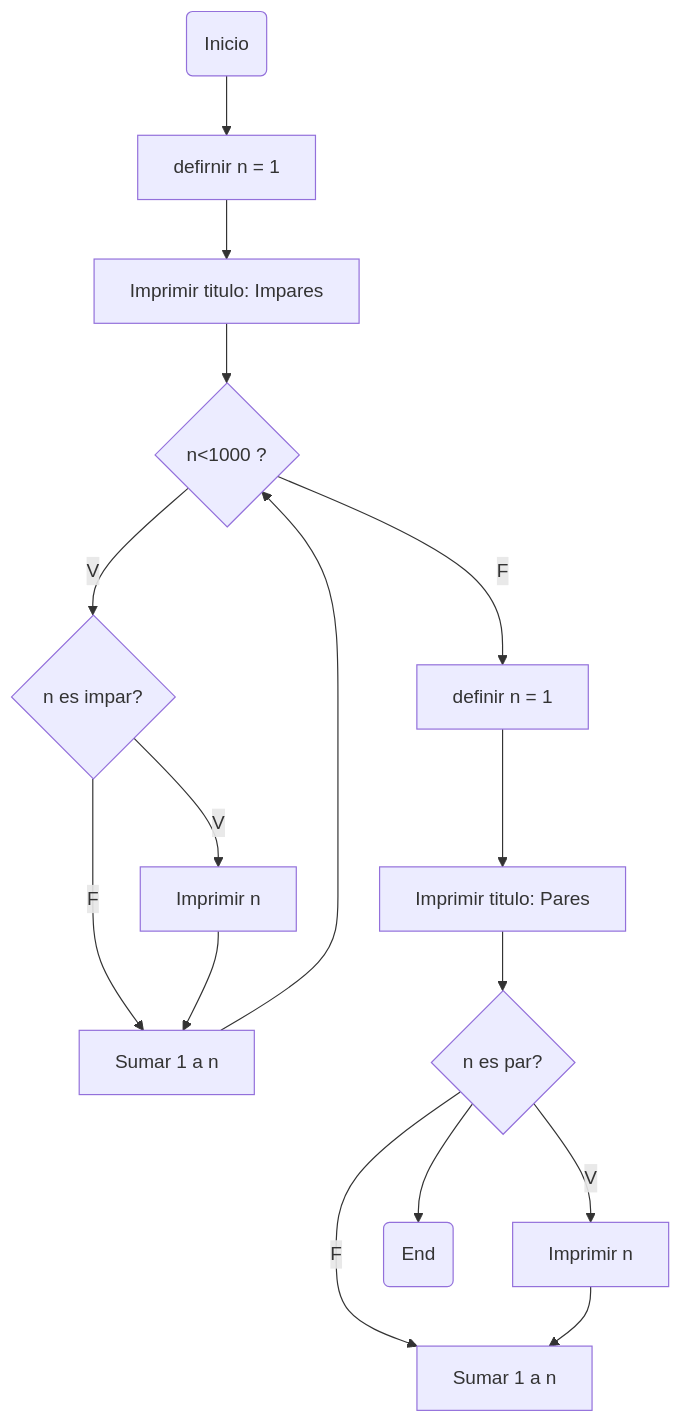
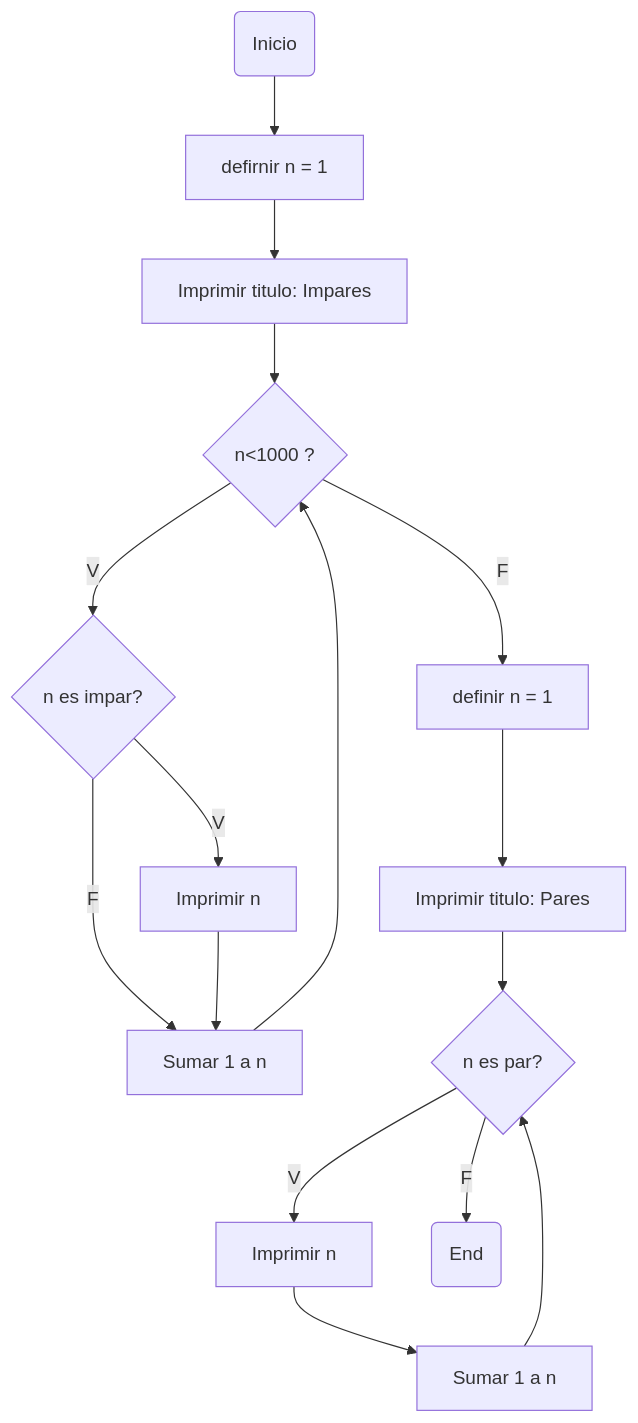
The second of 2 diagrams in README.md (Felip-UN/Bucles-R6), drawn with Mermaid before and after one commit.

Commit message:
Corrección diagrama 2

````diff
--- a/README.md
+++ b/README.md
@@ -34,30 +34,30 @@
 ```mermaid
 ---
 config:
   layout: fixed
 ---
 flowchart TD
     n1["Inicio"] --> n2["defirnir n = 1"]
     n2 --> n3["Imprimir titulo: Impares"]
     n3 --> n4["n&lt;1000 ?"]
     n4 -- F --> n6["definir n = 1"]
     n4 -- V --> n7["n es impar?"]
     n7 -- F --> n8["Sumar 1 a n"]
     n7 -- V --> n9["Imprimir n"]
     n9 --> n8
     n8 --> n4
-    n10["n es par?"] -- F --> n11["Sumar 1 a n"]
-    n10 -- V --> n12["Imprimir n"]
-    n12 --> n11
+    n10["n es par?"] -- V --> n12["Imprimir n"]
+    n12 --> n11["Sumar 1 a n"]
     n6 --> n13["Imprimir titulo: Pares"]
     n13 --> n10
-    n10 --> n14["End"]
+    n10 -- F --> n14["End"]
+    n11 --> n10
     n1@{ shape: rounded}
     n4@{ shape: diam}
     n7@{ shape: diam}
     n10@{ shape: diam}
+    n12@{ shape: rect}
     n11@{ shape: rect}
-    n12@{ shape: rect}
     n13@{ shape: rect}
     n14@{ shape: rounded}
 ```
````
